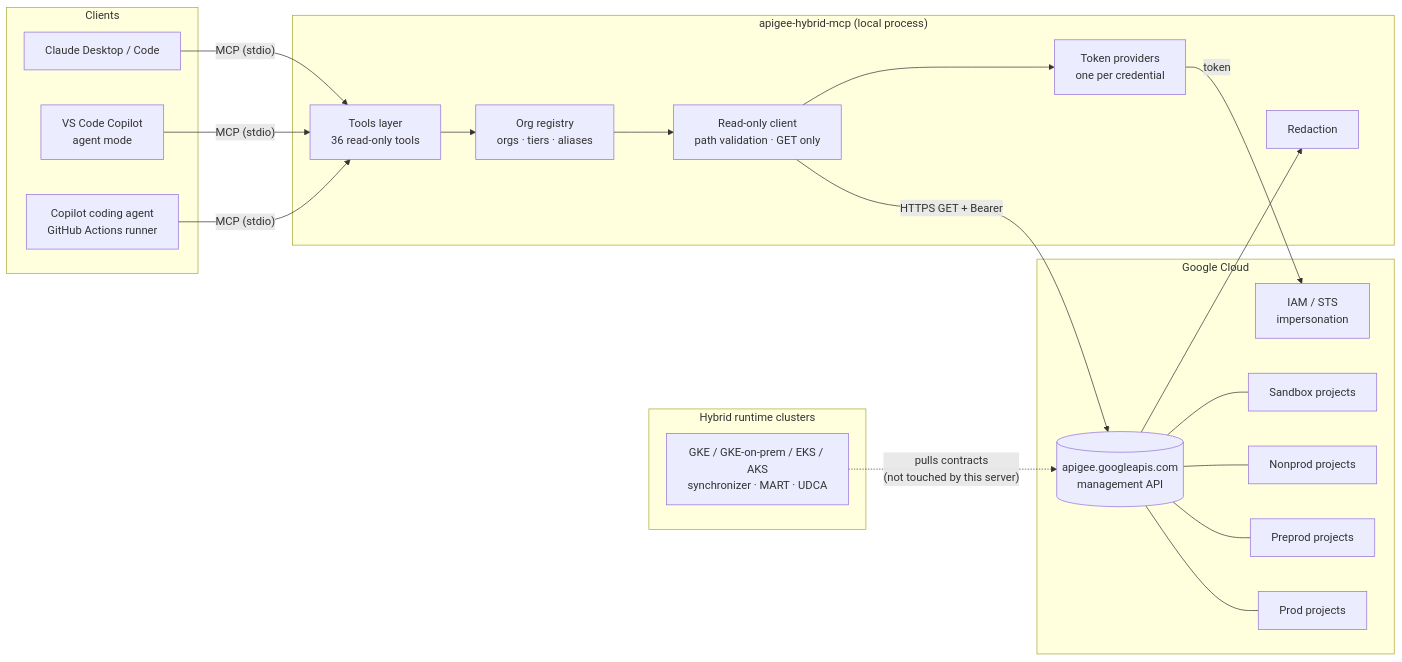
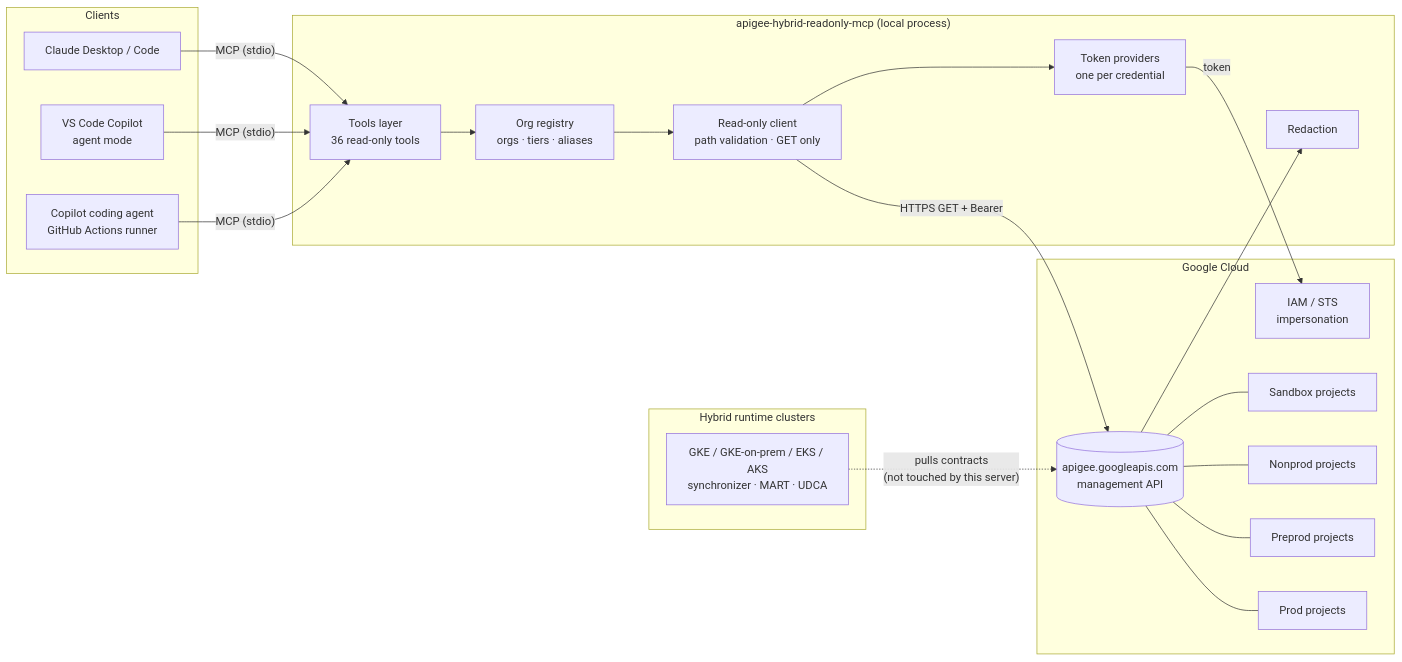
One commit to mintrin/apigee-hybrid-readonly-mcp changed the first of 4 diagrams in docs/design.md. Above: the diagram before and after it, drawn with Mermaid. The commit also changed other lines of this file and 22 other files, not shown here.

First line of the commit message:
Rebrand as Apigee Hybrid Read-Only MCP (v0.4.0)

````diff
--- a/docs/design.md
+++ b/docs/design.md
@@ -31,38 +31,38 @@
 ```mermaid
 flowchart LR
     subgraph Clients
         CD[Claude Desktop / Code]
         VS[VS Code Copilot<br/>agent mode]
         CA[Copilot coding agent<br/>GitHub Actions runner]
     end
 
-    subgraph MCP["apigee-hybrid-mcp (local process)"]
+    subgraph MCP["apigee-hybrid-readonly-mcp (local process)"]
         T[Tools layer<br/>36 read-only tools]
         R[Org registry<br/>orgs · tiers · aliases]
         C[Read-only client<br/>path validation · GET only]
         A[Token providers<br/>one per credential]
         X[Redaction]
     end
 
     subgraph GCP["Google Cloud"]
         API[(apigee.googleapis.com<br/>management API)]
         IAM[IAM / STS<br/>impersonation]
         P1[Sandbox projects]
         P2[Nonprod projects]
         P4[Preprod projects]
         P3[Prod projects]
     end
 
     subgraph Runtime["Hybrid runtime clusters"]
         K1[GKE / GKE-on-prem / EKS / AKS<br/>synchronizer · MART · UDCA]
     end
 
     CD & VS & CA -- "MCP (stdio)" --> T
     T --> R --> C
     C --> A
     A -- "token" --> IAM
     C -- "HTTPS GET + Bearer" --> API
     API --> X
     API --- P1 & P2 & P4 & P3
     K1 -. "pulls contracts<br/>(not touched by this server)" .-> API
 ```
````
